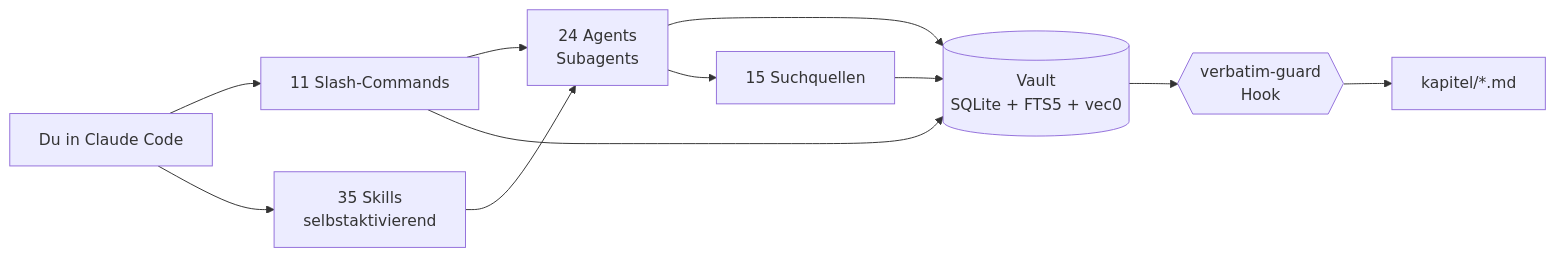
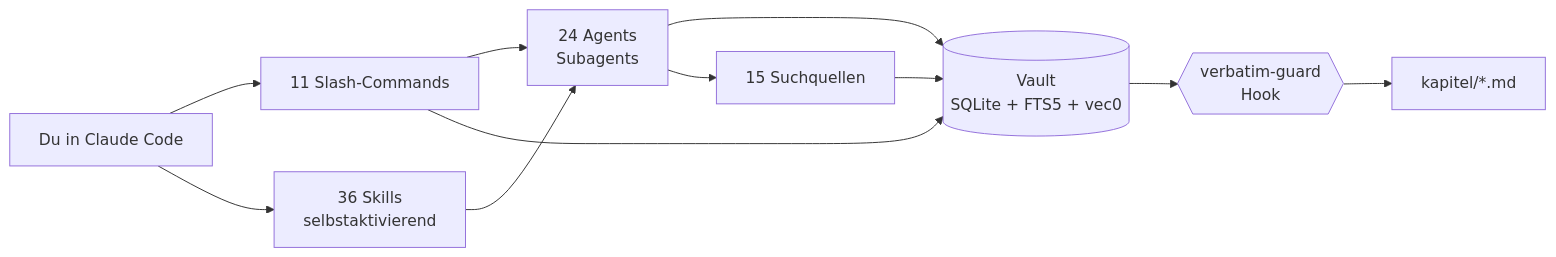
Before and after one commit to ahlerjam/academic-research: the diagram in README.md, drawn with Mermaid. The commit also changed other lines of this file and 23 other files, not shown here.

````diff
--- a/README.md
+++ b/README.md
@@ -76,13 +76,13 @@
 ```mermaid
 graph LR
     U[Du in Claude Code] --> C[11 Slash-Commands]
-    U --> S[35 Skills<br/>selbstaktivierend]
+    U --> S[36 Skills<br/>selbstaktivierend]
     C --> A[24 Agents<br/>Subagents]
     S --> A
     A --> V[(Vault<br/>SQLite + FTS5 + vec0)]
     C --> V
     A --> Q[15 Suchquellen]
     Q --> V
     V --> H{{verbatim-guard<br/>Hook}}
     H --> K[kapitel/*.md]
 ```
````
